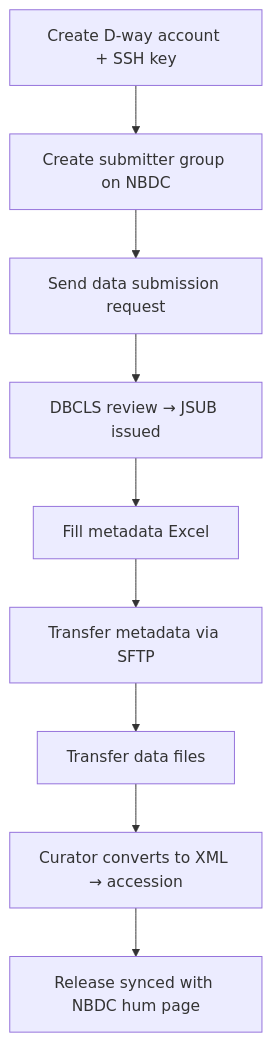
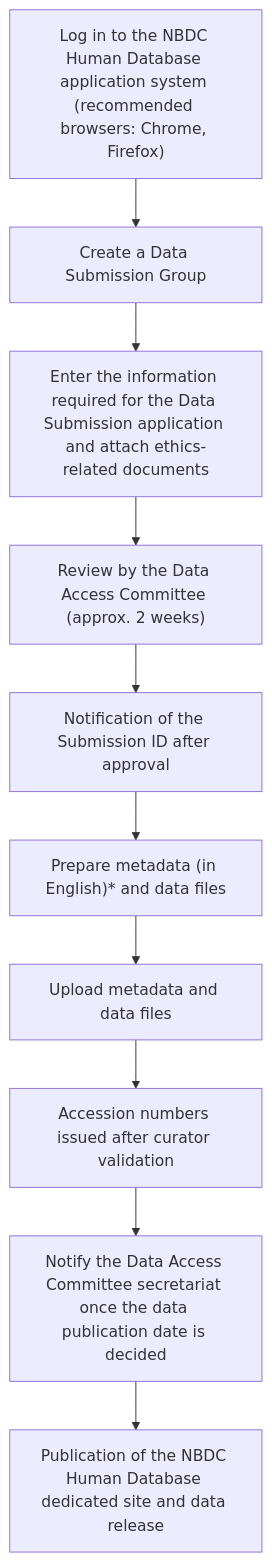
The first of 2 diagrams in page-contents/jga/index.en.md (ddbj/db-portal), drawn with Mermaid before and after one commit. The commit also changed other lines of this file and 7 other files, not shown here.

````diff
--- a/page-contents/jga/index.en.md
+++ b/page-contents/jga/index.en.md
@@ -73,13 +45,14 @@
 ```mermaid
 flowchart TD
-  S1[Create D-way account + SSH key]
-  S2[Create submitter group on NBDC]
-  S3[Send data submission request]
-  S4[DBCLS review → JSUB issued]
-  S5[Fill metadata Excel]
-  S6[Transfer metadata via SFTP]
-  S7[Transfer data files]
-  S8[Curator converts to XML → accession]
-  S9[Release synced with NBDC hum page]
-  S1 --> S2 --> S3 --> S4 --> S5 --> S6 --> S7 --> S8 --> S9
+  S1["Log in to the NBDC Human Database application system (recommended browsers: Chrome, Firefox)"]
+  S2[Create a Data Submission Group]
+  S3[Enter the information required for the Data Submission application and attach ethics-related documents]
+  S4["Review by the Data Access Committee (approx. 2 weeks)"]
+  S5[Notification of the Submission ID after approval]
+  S6["Prepare metadata (in English)* and data files"]
+  S7[Upload metadata and data files]
+  S8[Accession numbers issued after curator validation]
+  S9[Notify the Data Access Committee secretariat once the data publication date is decided]
+  S10[Publication of the NBDC Human Database dedicated site and data release]
+  S1 --> S2 --> S3 --> S4 --> S5 --> S6 --> S7 --> S8 --> S9 --> S10
 ```
````
